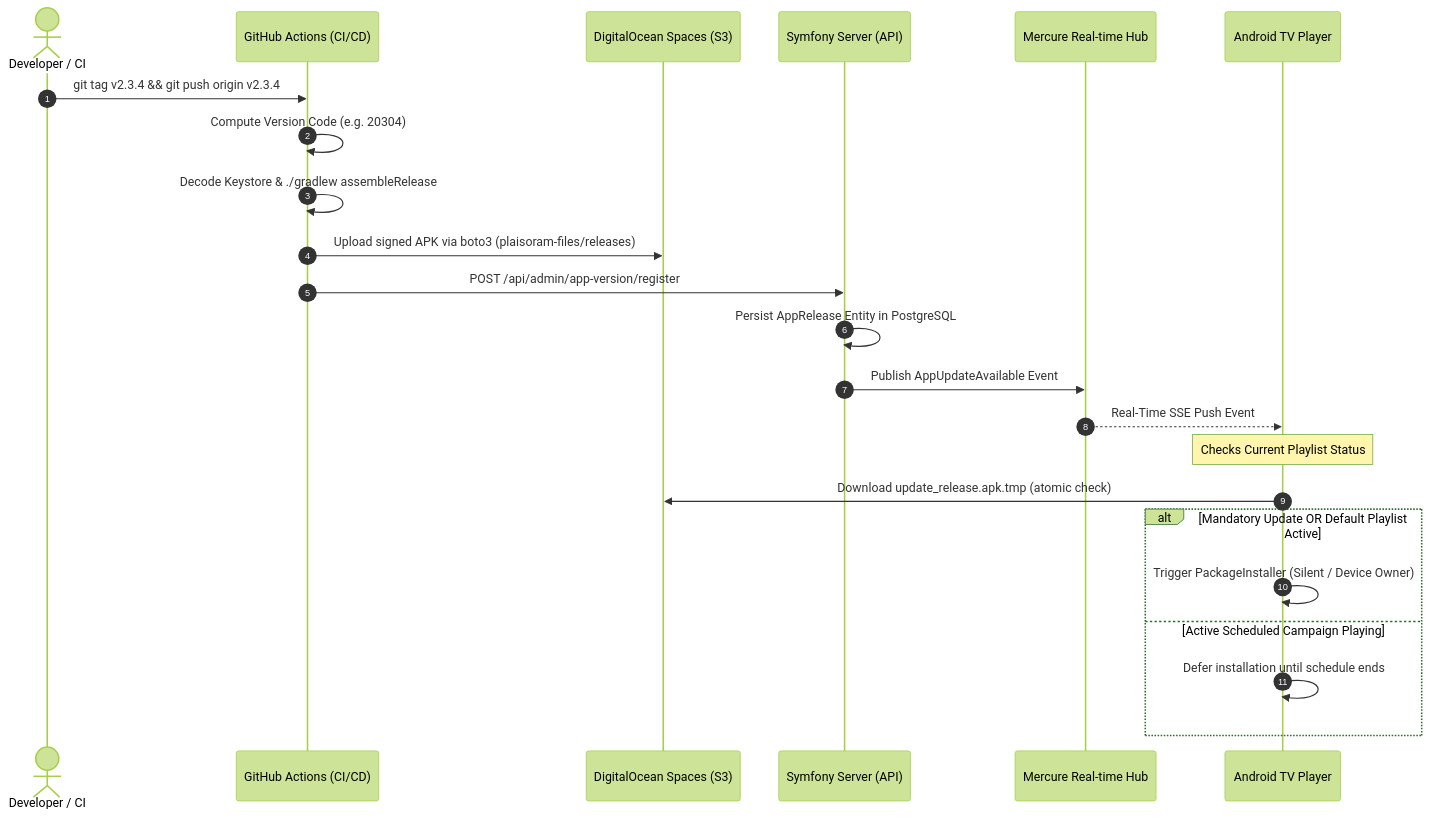
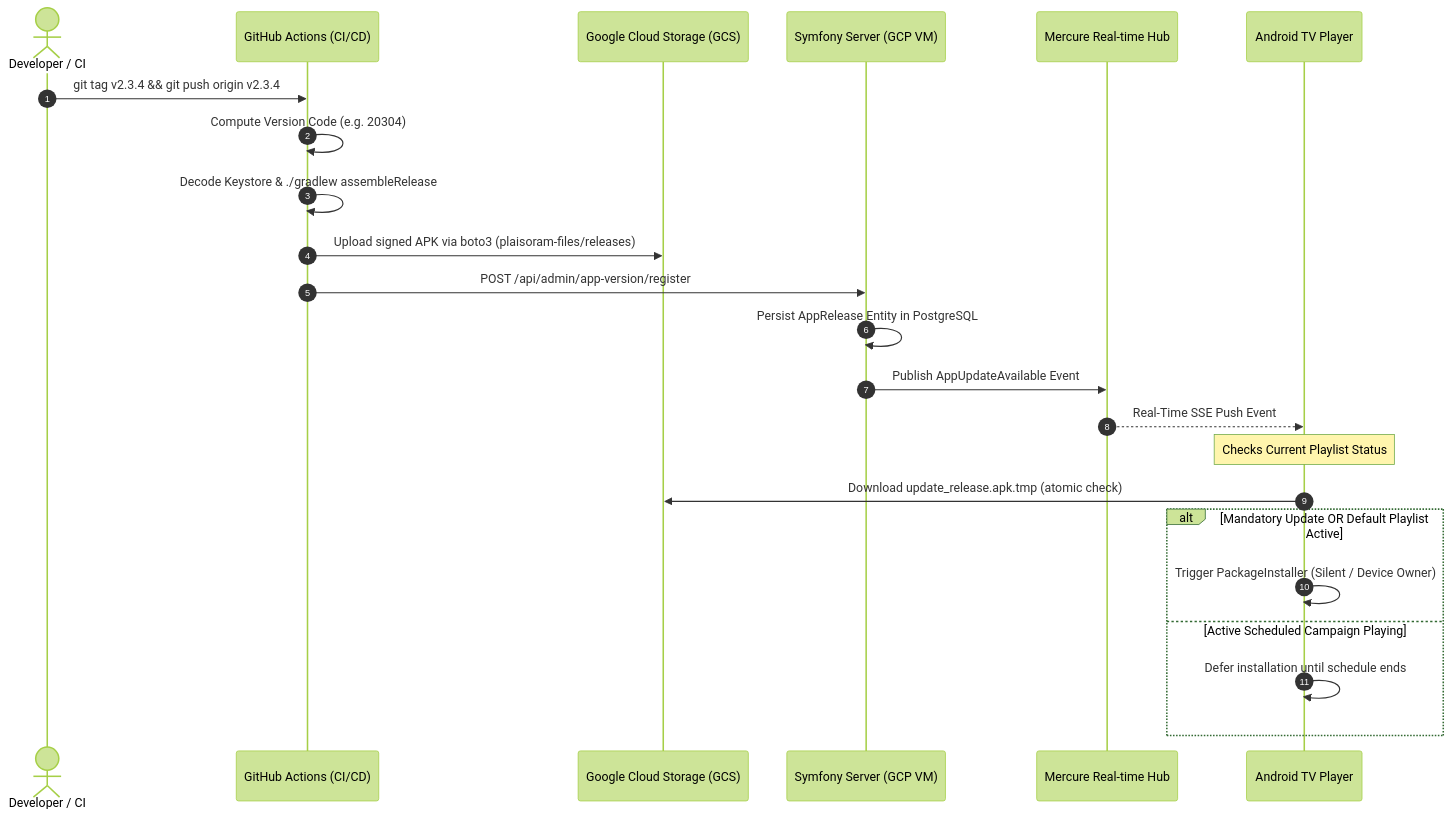
The diagram in Process/OTA_Update_Process.md (Mohammed-Zrirake/Plaisoram), drawn with Mermaid (forest theme) before and after one commit. The commit also changed other lines of this file, not shown here.

Commit message:
docs(ota): update OTA process architecture to Google Cloud Storage

````diff
--- a/Process/OTA_Update_Process.md
+++ b/Process/OTA_Update_Process.md
@@ -13,26 +13,26 @@
 ```mermaid
 sequenceDiagram
     autonumber
     actor Dev as Developer / CI
     participant GA as GitHub Actions (CI/CD)
-    participant DO as DigitalOcean Spaces (S3)
-    participant Backend as Symfony Server (API)
+    participant GCS as Google Cloud Storage (GCS)
+    participant Backend as Symfony Server (GCP VM)
     participant Hub as Mercure Real-time Hub
     participant Player as Android TV Player
 
     Dev->>GA: git tag v2.3.4 && git push origin v2.3.4
     GA->>GA: Compute Version Code (e.g. 20304)
     GA->>GA: Decode Keystore & ./gradlew assembleRelease
-    GA->>DO: Upload signed APK via boto3 (plaisoram-files/releases)
+    GA->>GCS: Upload signed APK via boto3 (plaisoram-files/releases)
     GA->>Backend: POST /api/admin/app-version/register
     Backend->>Backend: Persist AppRelease Entity in PostgreSQL
     Backend->>Hub: Publish AppUpdateAvailable Event
     Hub-->>Player: Real-Time SSE Push Event
     Note over Player: Checks Current Playlist Status
-    Player->>DO: Download update_release.apk.tmp (atomic check)
+    Player->>GCS: Download update_release.apk.tmp (atomic check)
     alt Mandatory Update OR Default Playlist Active
         Player->>Player: Trigger PackageInstaller (Silent / Device Owner)
     else Active Scheduled Campaign Playing
         Player->>Player: Defer installation until schedule ends
     end
 ```
````
